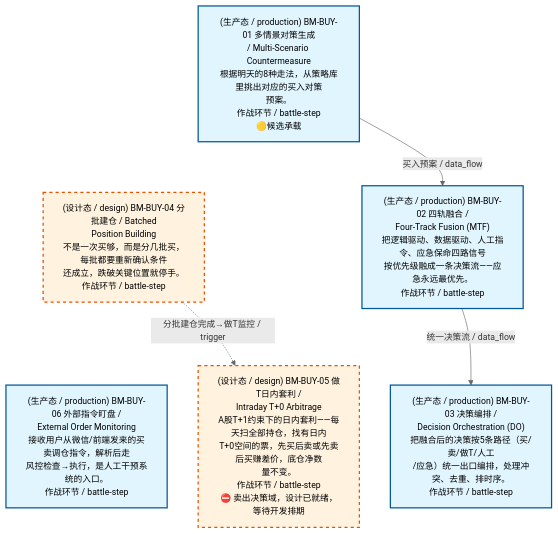
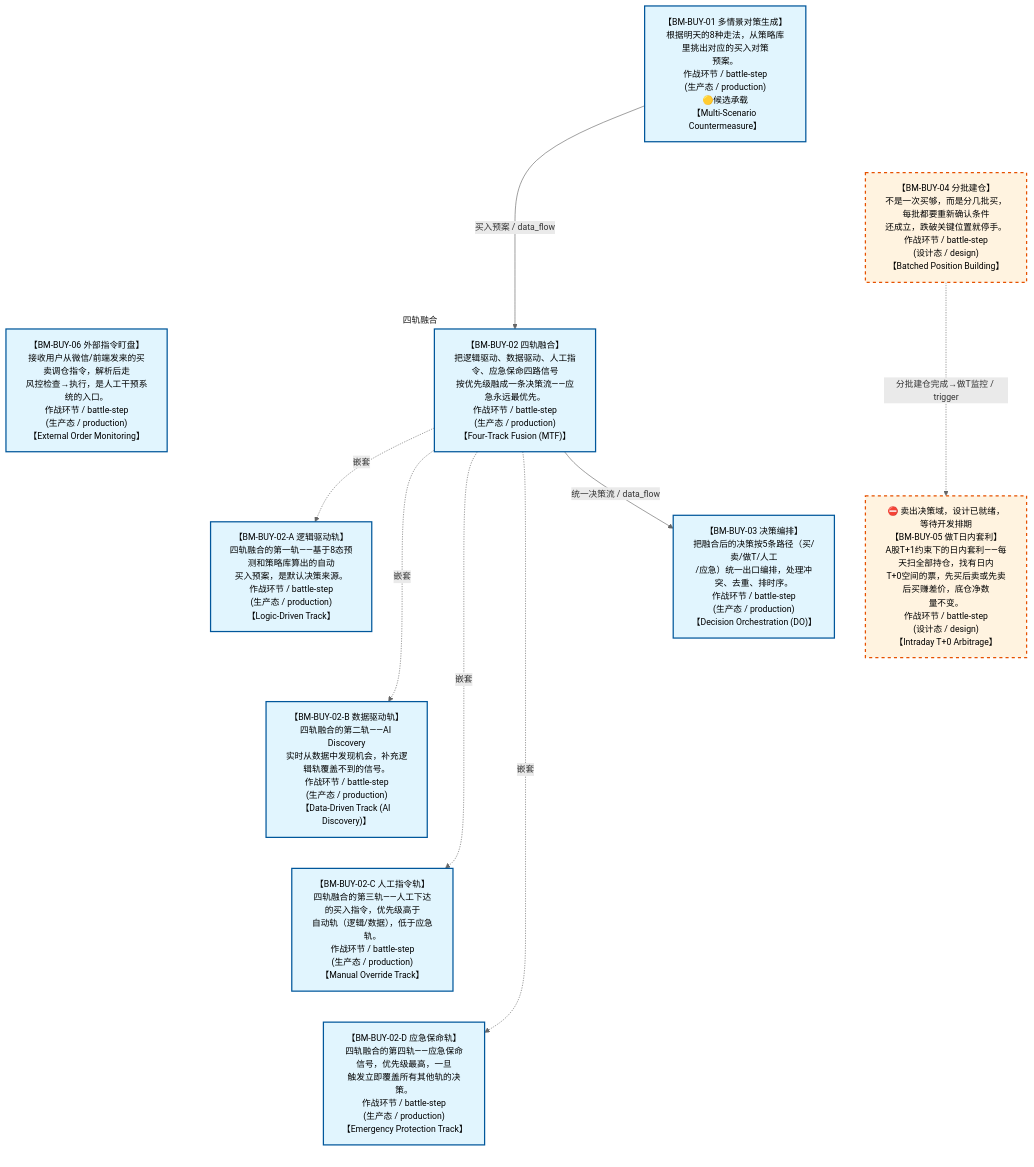
One commit to xuanFelixVan/ZephyrAlpha changed the diagram in docs/02_enterprise_architecture/07_trading_decision_architecture/battle_map/battle_map_02_buy_flow.md. Above: the diagram before and after it, drawn with Mermaid. The commit also changed other lines of this file and 16 other files, not shown here.

````diff
--- a/docs/02_enterprise_architecture/07_trading_decision_architecture/battle_map/battle_map_02_buy_flow.md
+++ b/docs/02_enterprise_architecture/07_trading_decision_architecture/battle_map/battle_map_02_buy_flow.md
@@ -38,23 +38,33 @@
 ```mermaid
 %%{init: {'theme': 'base', 'themeVariables': {'primaryColor': '#eaeaea', 'primaryTextColor': '#333333', 'primaryBorderColor': '#666666', 'lineColor': '#666666', 'secondaryColor': '#eaeaea', 'tertiaryColor': '#eaeaea', 'clusterBkg': 'transparent', 'clusterBorder': 'transparent', 'fontSize': '14px'}}}%%
 %% 买入阶段图
 flowchart TD
-    BM_BUY_01["(生产态 / production) BM-BUY-01 多情景对策生成<br/>/ Multi-Scenario Countermeasure<br/>根据明天的8种走法，从策略库里挑出对应的买入对策<br/>预案。<br/>作战环节 / battle-step<br/>🟡候选承载"]
-    BM_BUY_02["(生产态 / production) BM-BUY-02 四轨融合 /<br/>Four-Track Fusion (MTF)<br/>把逻辑驱动、数据驱动、人工指令、应急保命四路信号<br/>按优先级融成一条决策流——应急永远最优先。<br/>作战环节 / battle-step"]
-    BM_BUY_03["(生产态 / production) BM-BUY-03 决策编排 /<br/>Decision Orchestration (DO)<br/>把融合后的决策按5条路径（买/卖/做T/人工<br/>/应急）统一出口编排，处理冲突、去重、排时序。<br/>作战环节 / battle-step"]
-    BM_BUY_04["(设计态 / design) BM-BUY-04 分批建仓 / Batched<br/>Position Building<br/>不是一次买够，而是分几批买，每批都要重新确认条件<br/>还成立，跌破关键位置就停手。<br/>作战环节 / battle-step"]
-    BM_BUY_05["(设计态 / design) BM-BUY-05 做T日内套利 /<br/>Intraday T+0 Arbitrage<br/>A股T+1约束下的日内套利——每天扫全部持仓，找有日内<br/>T+0空间的票，先买后卖或先卖后买赚差价，底仓净数<br/>量不变。<br/>作战环节 / battle-step<br/>⛔ 卖出决策域，设计已就绪，等待开发排期"]
-    BM_BUY_06["(生产态 / production) BM-BUY-06 外部指令盯盘 /<br/>External Order Monitoring<br/>接收用户从微信/前端发来的买卖调仓指令，解析后走<br/>风控检查→执行，是人工干预系统的入口。<br/>作战环节 / battle-step"]
-    BM_BUY_01 ~~~ BM_BUY_04 ~~~ BM_BUY_06
+    BM_BUY_01["【BM-BUY-01 多情景对策生成】<br/>根据明天的8种走法，从策略库里挑出对应的买入对策<br/>预案。<br/>作战环节 / battle-step<br/>(生产态 / production)<br/>🟡候选承载<br/>【Multi-Scenario Countermeasure】"]
+    subgraph sg_BM_BUY_02 ["四轨融合"]
+        BM_BUY_02["【BM-BUY-02 四轨融合】<br/>把逻辑驱动、数据驱动、人工指令、应急保命四路信号<br/>按优先级融成一条决策流——应急永远最优先。<br/>作战环节 / battle-step<br/>(生产态 / production)<br/>【Four-Track Fusion (MTF)】"]
+        BM_BUY_02_A["【BM-BUY-02-A 逻辑驱动轨】<br/>四轨融合的第一轨——基于8态预测和策略库算出的自动<br/>买入预案，是默认决策来源。<br/>作战环节 / battle-step<br/>(生产态 / production)<br/>【Logic-Driven Track】"]
+        BM_BUY_02_B["【BM-BUY-02-B 数据驱动轨】<br/>四轨融合的第二轨——AI Discovery<br/>实时从数据中发现机会，补充逻辑轨覆盖不到的信号。<br/>作战环节 / battle-step<br/>(生产态 / production)<br/>【Data-Driven Track (AI Discovery)】"]
+        BM_BUY_02_C["【BM-BUY-02-C 人工指令轨】<br/>四轨融合的第三轨——人工下达的买入指令，优先级高于<br/>自动轨（逻辑/数据），低于应急轨。<br/>作战环节 / battle-step<br/>(生产态 / production)<br/>【Manual Override Track】"]
+        BM_BUY_02_D["【BM-BUY-02-D 应急保命轨】<br/>四轨融合的第四轨——应急保命信号，优先级最高，一旦<br/>触发立即覆盖所有其他轨的决策。<br/>作战环节 / battle-step<br/>(生产态 / production)<br/>【Emergency Protection Track】"]
+        BM_BUY_02 -.->|嵌套| BM_BUY_02_A
+        BM_BUY_02 -.->|嵌套| BM_BUY_02_B
+        BM_BUY_02 -.->|嵌套| BM_BUY_02_C
+        BM_BUY_02 -.->|嵌套| BM_BUY_02_D
+    end
+    BM_BUY_03["【BM-BUY-03 决策编排】<br/>把融合后的决策按5条路径（买/卖/做T/人工<br/>/应急）统一出口编排，处理冲突、去重、排时序。<br/>作战环节 / battle-step<br/>(生产态 / production)<br/>【Decision Orchestration (DO)】"]
+    BM_BUY_04["【BM-BUY-04 分批建仓】<br/>不是一次买够，而是分几批买，每批都要重新确认条件<br/>还成立，跌破关键位置就停手。<br/>作战环节 / battle-step<br/>(设计态 / design)<br/>【Batched Position Building】"]
+    BM_BUY_05["⛔ 卖出决策域，设计已就绪，等待开发排期<br/>【BM-BUY-05 做T日内套利】<br/>A股T+1约束下的日内套利——每天扫全部持仓，找有日内<br/>T+0空间的票，先买后卖或先卖后买赚差价，底仓净数<br/>量不变。<br/>作战环节 / battle-step<br/>(设计态 / design)<br/>【Intraday T+0 Arbitrage】"]
+    BM_BUY_06["【BM-BUY-06 外部指令盯盘】<br/>接收用户从微信/前端发来的买卖调仓指令，解析后走<br/>风控检查→执行，是人工干预系统的入口。<br/>作战环节 / battle-step<br/>(生产态 / production)<br/>【External Order Monitoring】"]
+    BM_BUY_01 ~~~ BM_BUY_04 ~~~ BM_BUY_06 ~~~ BM_BUY_02_A ~~~ BM_BUY_02_B ~~~ BM_BUY_02_C ~~~ BM_BUY_02_D
     BM_BUY_02 ~~~ BM_BUY_05
     BM_BUY_01 -->|买入预案 / data_flow| BM_BUY_02
     BM_BUY_02 -->|统一决策流 / data_flow| BM_BUY_03
     BM_BUY_04 -.->|分批建仓完成→做T监控 / trigger| BM_BUY_05
 classDef production fill:#e1f5fe,stroke:#01579b,stroke-width:2px,color:#000
 classDef design fill:#fff3e0,stroke:#e65100,stroke-width:2px,color:#000,stroke-dasharray: 5 5
 classDef deprecated fill:#ffebee,stroke:#c62828,stroke-width:2px,color:#000
 classDef missing fill:#eeeeee,stroke:#9e9e9e,stroke-width:2px,color:#000
 classDef candidate fill:#fffde7,stroke:#f9a825,stroke-width:2px,color:#000,stroke-dasharray: 5 5
-    class BM_BUY_01,BM_BUY_02,BM_BUY_03,BM_BUY_06 production
+    class BM_BUY_01,BM_BUY_02,BM_BUY_03,BM_BUY_06,BM_BUY_02_A,BM_BUY_02_B,BM_BUY_02_C,BM_BUY_02_D production
     class BM_BUY_04,BM_BUY_05 design
 ```
````
